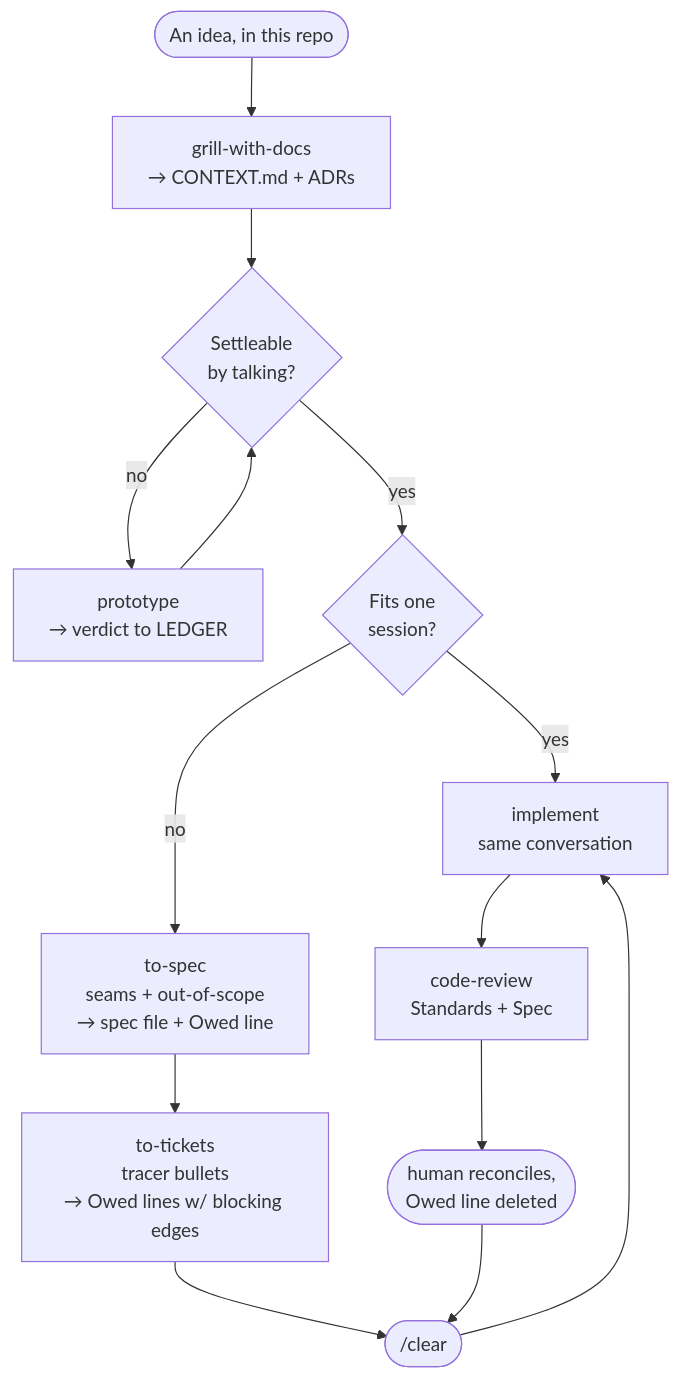
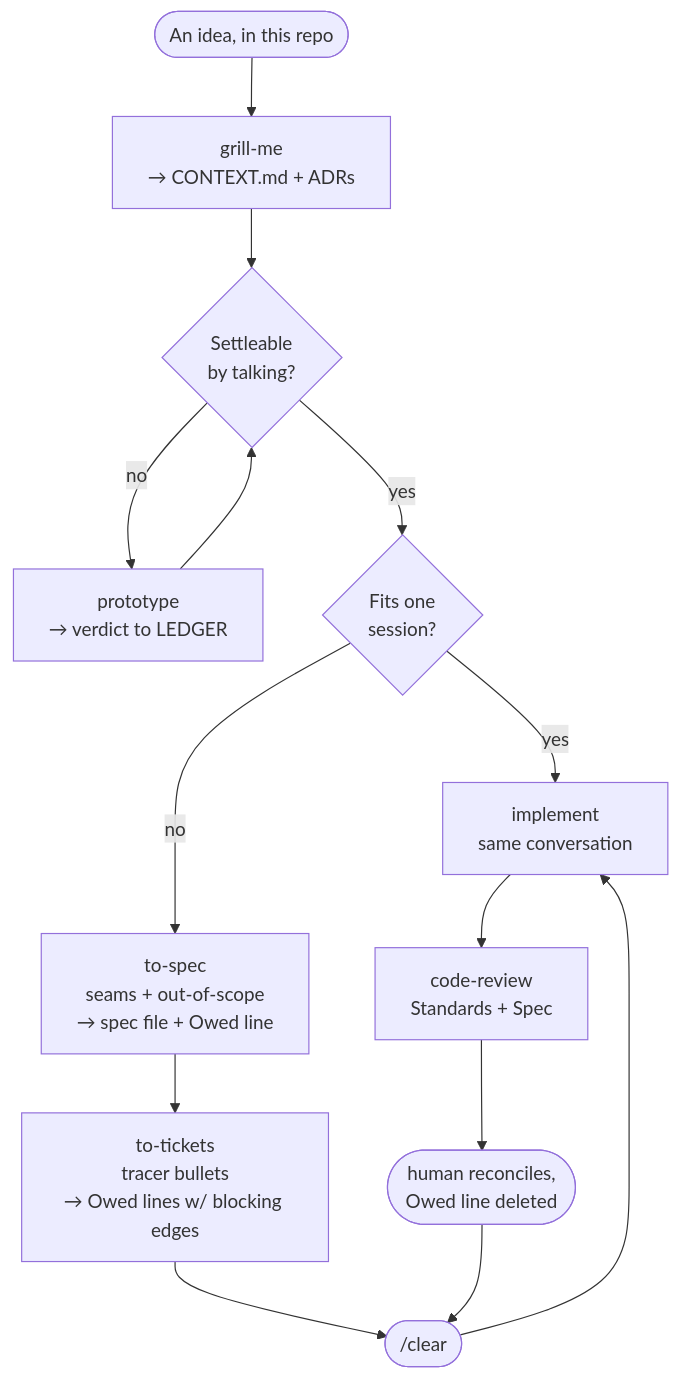
One commit to positive-energy-labs/Pe.Tools changed the first of 4 diagrams in .agents/skills/index/FLOWS.md. Above: the diagram before and after it, drawn with Mermaid. The commit also changed other lines of this file and 27 other files, not shown here.

````diff
--- a/.agents/skills/index/FLOWS.md
+++ b/.agents/skills/index/FLOWS.md
@@ -7,12 +7,12 @@
 ```mermaid
 flowchart TD
-    I([An idea, in this repo]) --> G["grill-with-docs<br/>→ CONTEXT.md + ADRs"]
+    I([An idea, in this repo]) --> G["grill-me<br/>→ CONTEXT.md + ADRs"]
     G --> Q{"Settleable<br/>by talking?"}
     Q -- no --> PR["prototype<br/>→ verdict to LEDGER"] --> Q
     Q -- yes --> M{"Fits one<br/>session?"}
     M -- yes --> IMP["implement<br/>same conversation"]
     M -- no --> SP["to-spec<br/>seams + out-of-scope<br/>→ spec file + Owed line"] --> TT["to-tickets<br/>tracer bullets<br/>→ Owed lines w/ blocking edges"]
     TT --> CL(["/clear"]) --> IMP
     IMP --> CR["code-review<br/>Standards + Spec"]
     CR --> H([human reconciles,<br/>Owed line deleted]) --> CL
 ```
````
